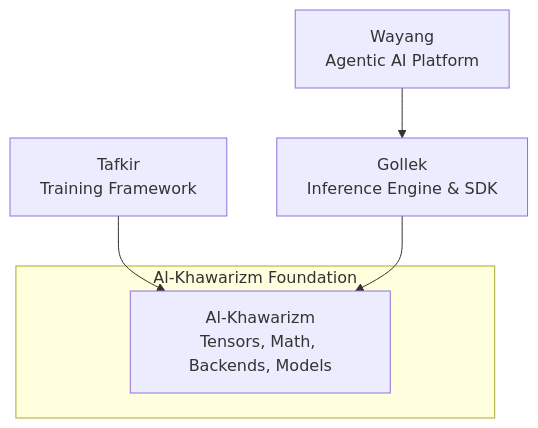
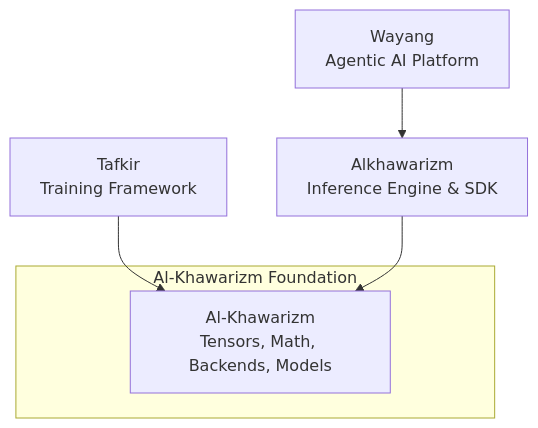
Before and after one commit to bhangun/alkhawarizm: the diagram in README.md, drawn with Mermaid. The commit also changed other lines of this file and 875 other files, not shown here.

````diff
--- a/README.md
+++ b/README.md
@@ -15,10 +15,10 @@
 ```mermaid
 graph TD
     W[Wayang<br>Agentic AI Platform] --> G
     T[Tafkir<br>Training Framework] --> A
-    G[Gollek<br>Inference Engine & SDK] --> A
+    G[Alkhawarizm<br>Inference Engine & SDK] --> A
     
     subgraph Al-Khawarizm Foundation
     A[Al-Khawarizm<br>Tensors, Math, Backends, Models]
     end
 ```
````
